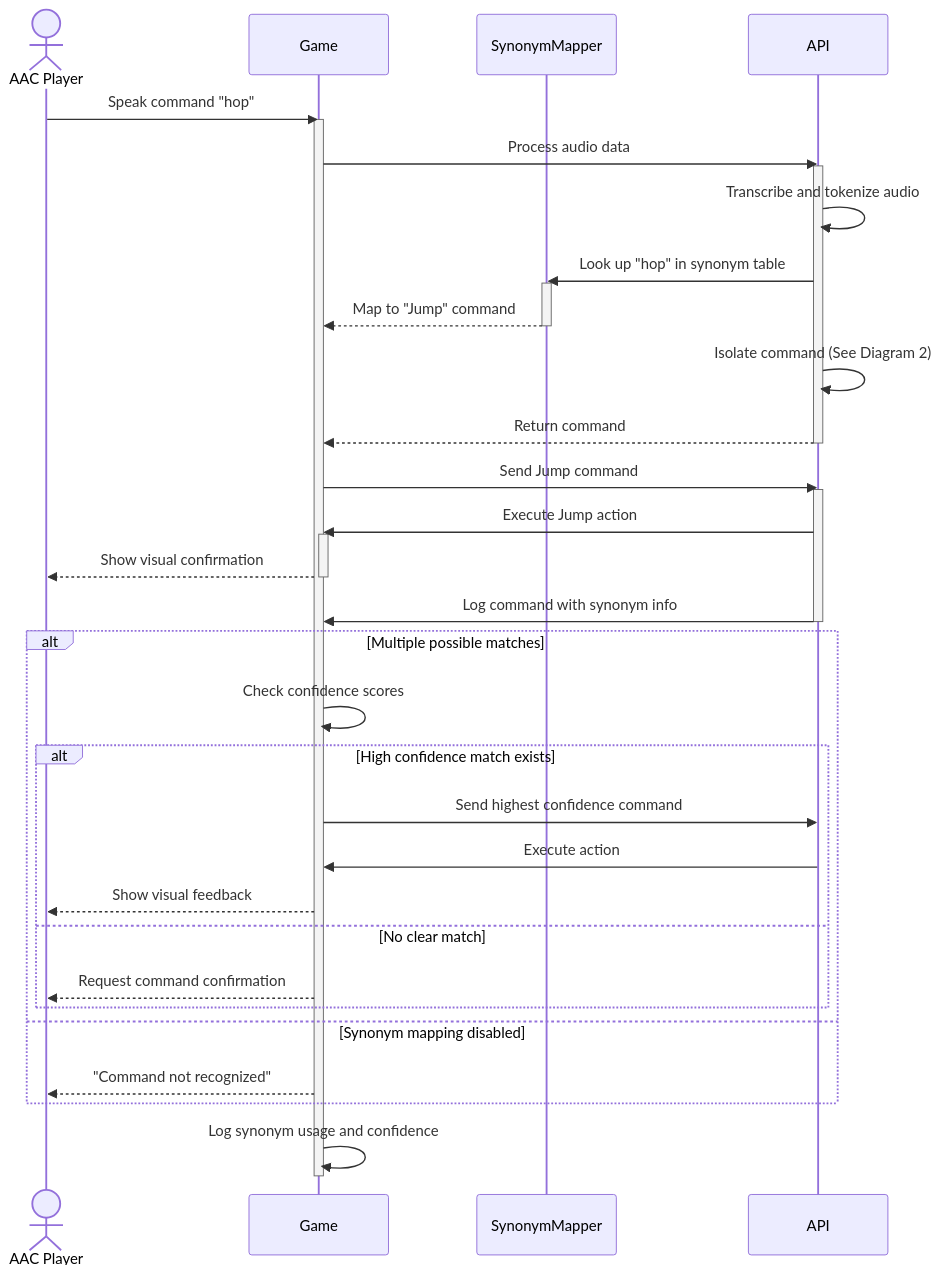
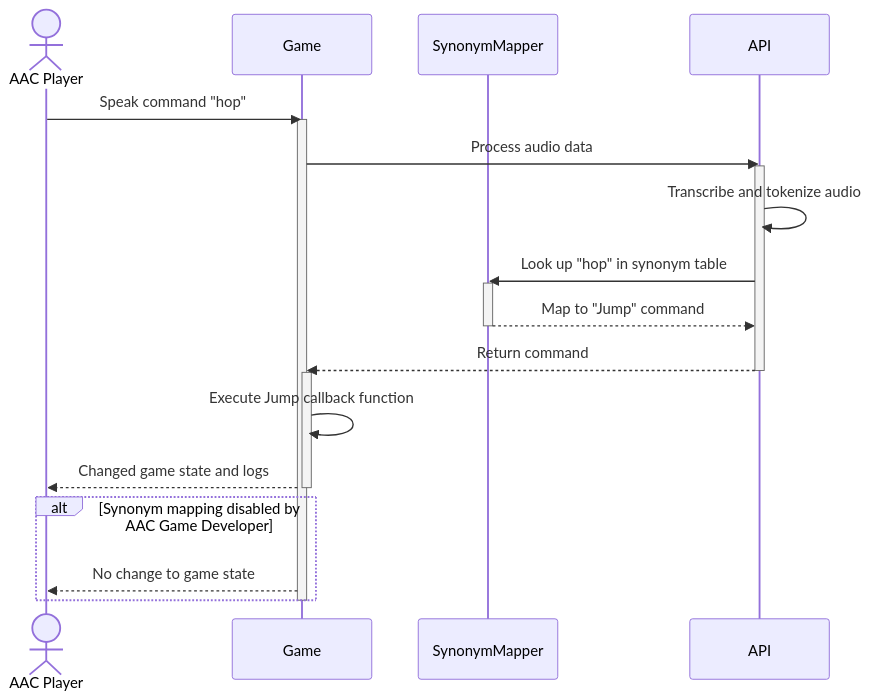
One commit to Capstone-Projects-2025-Fall/project-001-aac-api changed the fifth of 8 diagrams in documentation/docs/system-architecture/sequence-diagrams.md. Above: the diagram before and after it, drawn with Mermaid.

Commit message:
Update Sequence Diagram 5

````diff
--- a/documentation/docs/system-architecture/sequence-diagrams.md
+++ b/documentation/docs/system-architecture/sequence-diagrams.md
@@ -156,47 +156,29 @@
 ```mermaid
 sequenceDiagram
     actor AAC Player
     participant Game
     participant SynonymMapper
     participant API
     
     AAC Player->>Game: Speak command "hop"
     activate Game
     Game->>API: Process audio data
     activate API
     API->>API: Transcribe and tokenize audio
 
     API->>SynonymMapper: Look up "hop" in synonym table
     activate SynonymMapper
-    SynonymMapper-->>Game: Map to "Jump" command
+    SynonymMapper-->>API: Map to "Jump" command
     deactivate SynonymMapper
-    API->>API: Isolate command (See Diagram 2)
     API-->>Game: Return command
     deactivate API
     
-    
-    Game->>API: Send Jump command
-    activate API
-    API->>Game: Execute Jump action
     activate Game
-    Game-->>AAC Player: Show visual confirmation
+    Game->>Game: Execute Jump callback function
+    Game-->>AAC Player: Changed game state and logs
     deactivate Game
-    API->>Game: Log command with synonym info
-    deactivate API
-
-    alt Multiple possible matches
-        Game->>Game: Check confidence scores
-        alt High confidence match exists
-            Game->>API: Send highest confidence command
-            API->>Game: Execute action
-            Game-->>AAC Player: Show visual feedback
-        else No clear match
-            Game-->>AAC Player: Request command confirmation
-        end
-    else Synonym mapping disabled
-        Game-->>AAC Player: "Command not recognized"
+    alt Synonym mapping disabled by AAC Game Developer
+        Game-->>AAC Player: No change to game state
     end
-    
-    Game->>Game: Log synonym usage and confidence
     deactivate Game
 ```
````
